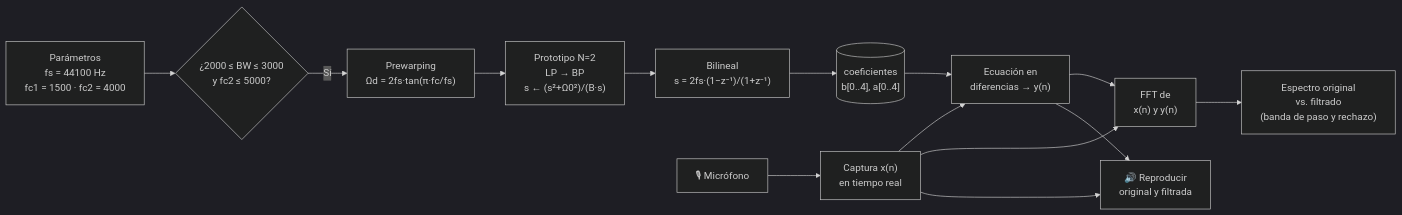
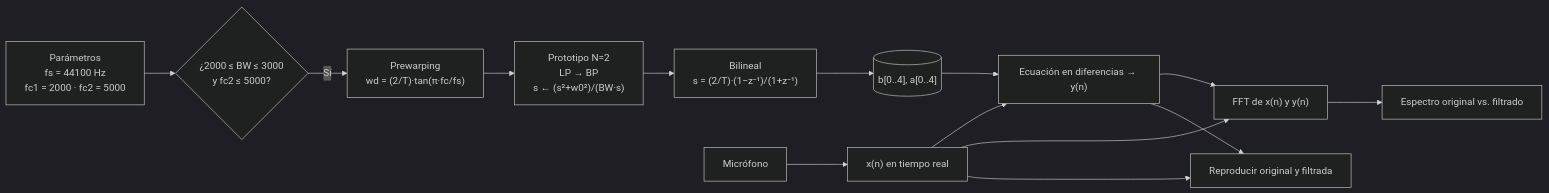
One commit to dassg-xd/butterworth-audio-processor changed the diagram in README.md. Above: the diagram before and after it, drawn with Mermaid (dark theme). The commit also changed other lines of this file, not shown here.

````diff
--- a/README.md
+++ b/README.md
@@ -31,18 +34,18 @@
 ```mermaid
 flowchart LR
-    P["Parámetros<br/>fs = 44100 Hz<br/>fc1 = 1500 · fc2 = 4000"] --> V{"¿2000 ≤ BW ≤ 3000<br/>y fc2 ≤ 5000?"}
-    V -- Sí --> PW["Prewarping<br/>Ωd = 2fs·tan(π·fc/fs)"]
-    PW --> TR["Prototipo N=2<br/>LP → BP<br/>s ← (s²+Ω0²)/(B·s)"]
-    TR --> BL["Bilineal<br/>s = 2fs·(1−z⁻¹)/(1+z⁻¹)"]
-    BL --> CO[("coeficientes<br/>b[0..4], a[0..4]")]
+    P["Parámetros<br/>fs = 44100 Hz<br/>fc1 = 2000 · fc2 = 5000"] --> V{"¿2000 ≤ BW ≤ 3000<br/>y fc2 ≤ 5000?"}
+    V -- Sí --> PW["Prewarping<br/>wd = (2/T)·tan(π·fc/fs)"]
+    PW --> TR["Prototipo N=2<br/>LP → BP<br/>s ← (s²+w0²)/(BW·s)"]
+    TR --> BL["Bilineal<br/>s = (2/T)·(1−z⁻¹)/(1+z⁻¹)"]
+    BL --> CO[("b[0..4], a[0..4]")]
 
-    MIC["🎙 Micrófono"] --> X["Captura x(n)<br/>en tiempo real"]
-    X --> ED["Ecuación en<br/>diferencias → y(n)"]
+    MIC["Micrófono"] --> X["x(n) en tiempo real"]
+    X --> ED["Ecuación en diferencias → y(n)"]
     CO --> ED
 
-    X --> FFT["FFT de<br/>x(n) y y(n)"]
+    X --> FFT["FFT de x(n) y y(n)"]
     ED --> FFT
-    FFT --> G["Espectro original<br/>vs. filtrado<br/>(banda de paso y rechazo)"]
-    X --> R["🔊 Reproducir<br/>original y filtrada"]
+    FFT --> G["Espectro original vs. filtrado"]
+    X --> R["Reproducir original y filtrada"]
     ED --> R
 ```
````
